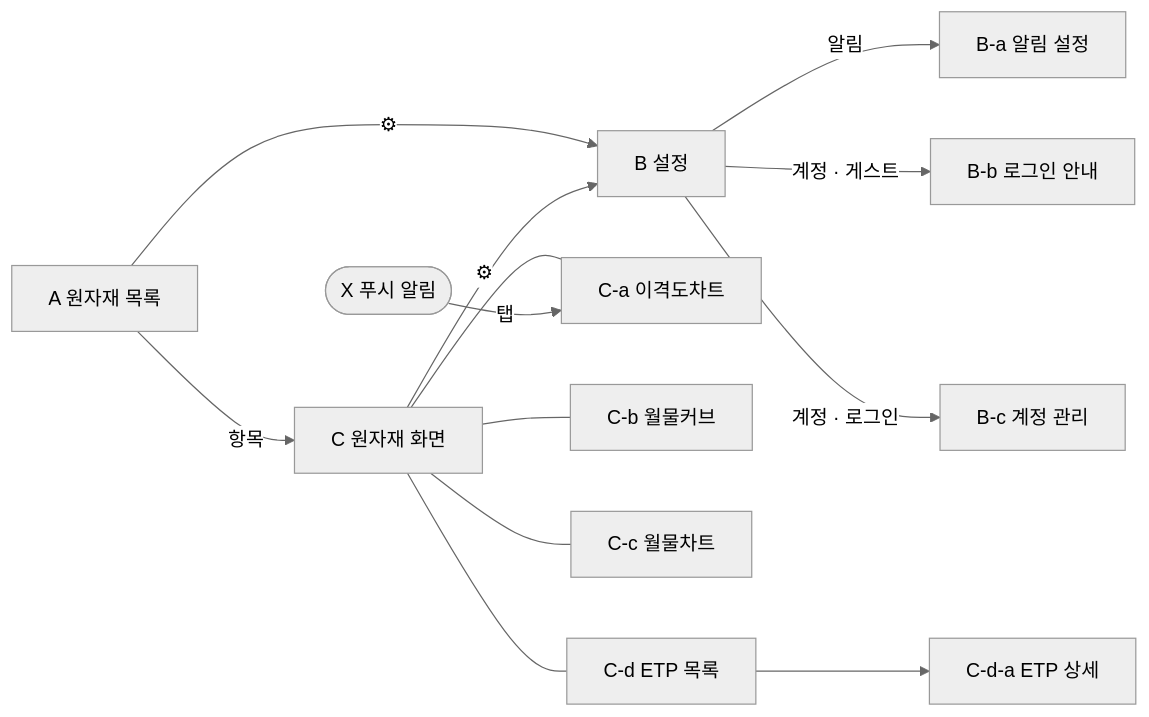
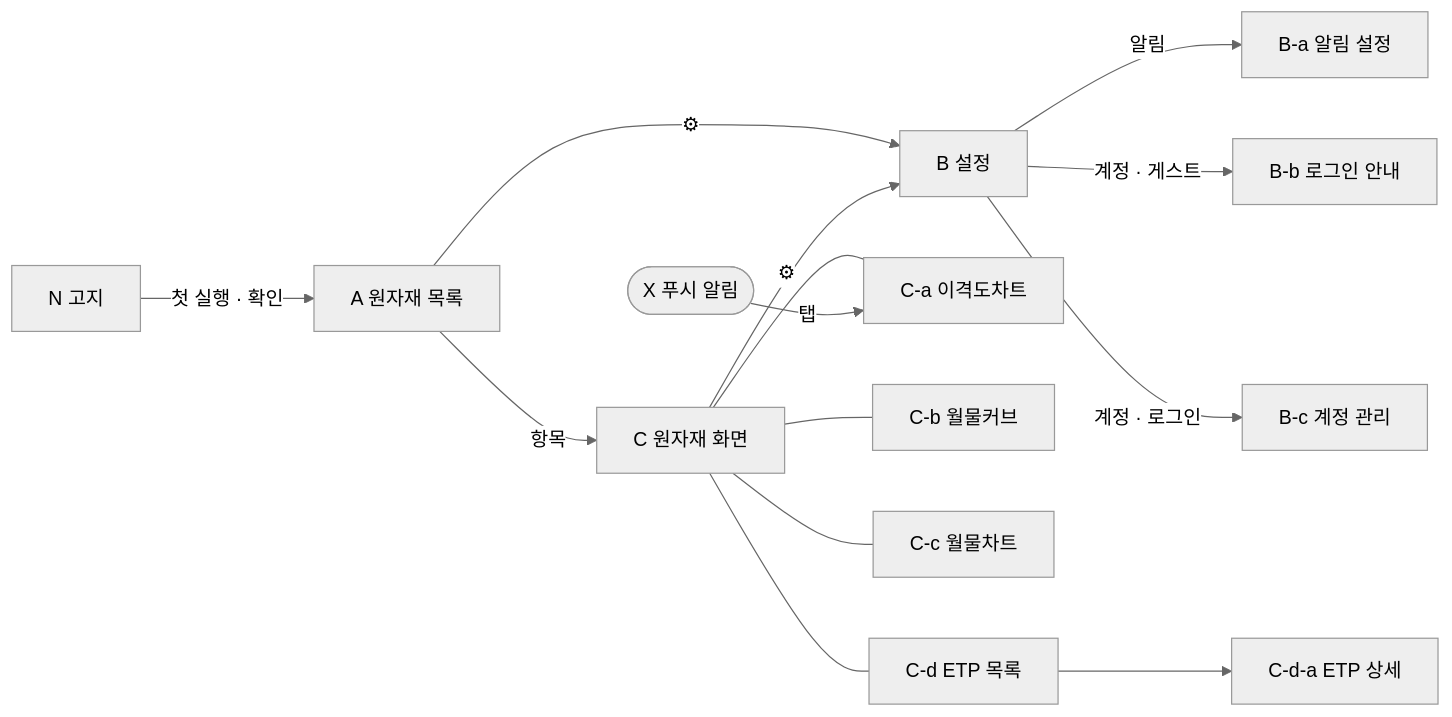
Before and after one commit to seyoun10/futureETP: the diagram in docs/wireframes/screens.md, drawn with Mermaid (neutral theme). The commit also changed other lines of this file and 3 other files, not shown here.

First line of the commit message:
docs: draft service overview, features, flows and wireframes

````diff
--- a/docs/wireframes/screens.md
+++ b/docs/wireframes/screens.md
@@ -23,12 +24,13 @@
 ```mermaid
 flowchart LR
+    N[N 고지] -->|첫 실행 · 확인| A
     A[A 원자재 목록] -->|항목| C[C 원자재 화면]
     A -->|⚙| B[B 설정]
     C -->|⚙| B
     C --- Ca[C-a 이격도차트] & Cb[C-b 월물커브] & Cc[C-c 월물차트] & Cd[C-d ETP 목록]
     Cd --> Cda[C-d-a ETP 상세]
     B -->|알림| Ba[B-a 알림 설정]
     B -->|계정 · 게스트| Bb[B-b 로그인 안내]
     B -->|계정 · 로그인| Bc[B-c 계정 관리]
     X([X 푸시 알림]) -->|탭| Ca
 ```
````
